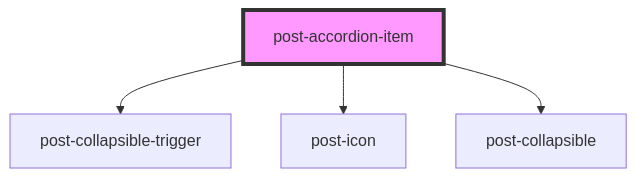
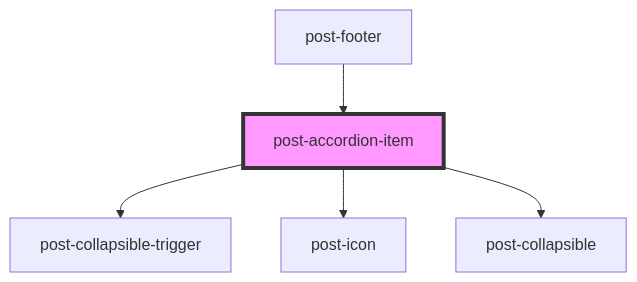
Before and after one commit to swisspost/design-system: the diagram in packages/components/src/components/post-accordion-item/readme.md, drawn with Mermaid. The commit also changed other lines of this file and 1 other file, not shown here.

Commit message:
feat(components): add post-accordion-item parts to override some paddings in the footer

````diff
--- a/packages/components/src/components/post-accordion-item/readme.md
+++ b/packages/components/src/components/post-accordion-item/readme.md
@@ -60,7 +66,8 @@
 ```mermaid
 graph TD;
   post-accordion-item --> post-collapsible-trigger
   post-accordion-item --> post-icon
   post-accordion-item --> post-collapsible
+  post-footer --> post-accordion-item
   style post-accordion-item fill:#f9f,stroke:#333,stroke-width:4px
 ```
````
